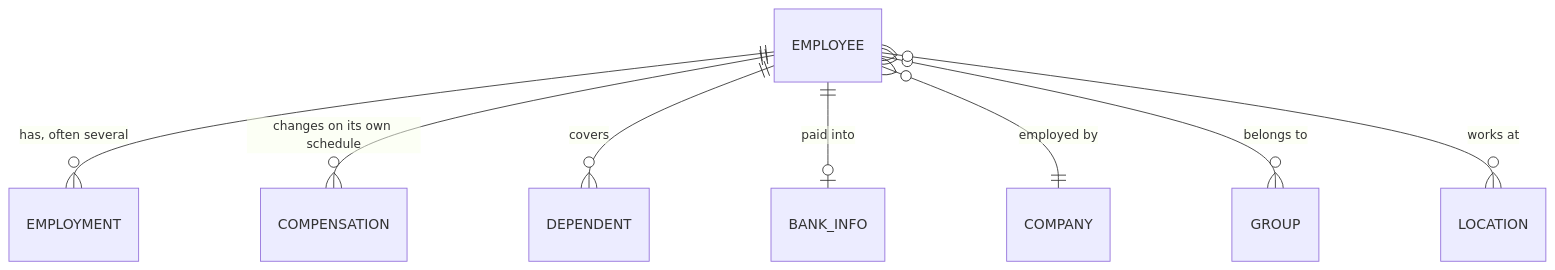
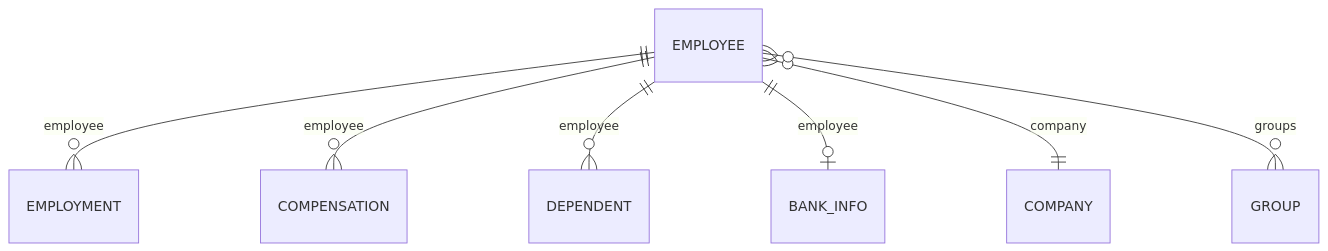
The diagram in guides/data-models/employee-and-org.mdx (kaval1810/bindbee-docs-test), drawn with Mermaid before and after one commit. The commit also changed other lines of this file and 6 other files, not shown here.

````diff
--- a/guides/data-models/employee-and-org.mdx
+++ b/guides/data-models/employee-and-org.mdx
@@ -27,10 +28,9 @@
 ```mermaid
 erDiagram
-    EMPLOYEE ||--o{ EMPLOYMENT : "has, often several"
-    EMPLOYEE ||--o{ COMPENSATION : "changes on its own schedule"
-    EMPLOYEE ||--o{ DEPENDENT : "covers"
-    EMPLOYEE ||--o| BANK_INFO : "paid into"
-    EMPLOYEE }o--|| COMPANY : "employed by"
-    EMPLOYEE }o--o{ GROUP : "belongs to"
-    EMPLOYEE }o--o{ LOCATION : "works at"
+    EMPLOYEE ||--o{ EMPLOYMENT : "employee"
+    EMPLOYEE ||--o{ COMPENSATION : "employee"
+    EMPLOYEE ||--o{ DEPENDENT : "employee"
+    EMPLOYEE ||--o| BANK_INFO : "employee"
+    EMPLOYEE }o--|| COMPANY : "company"
+    EMPLOYEE }o--o{ GROUP : "groups"
 ```
````
